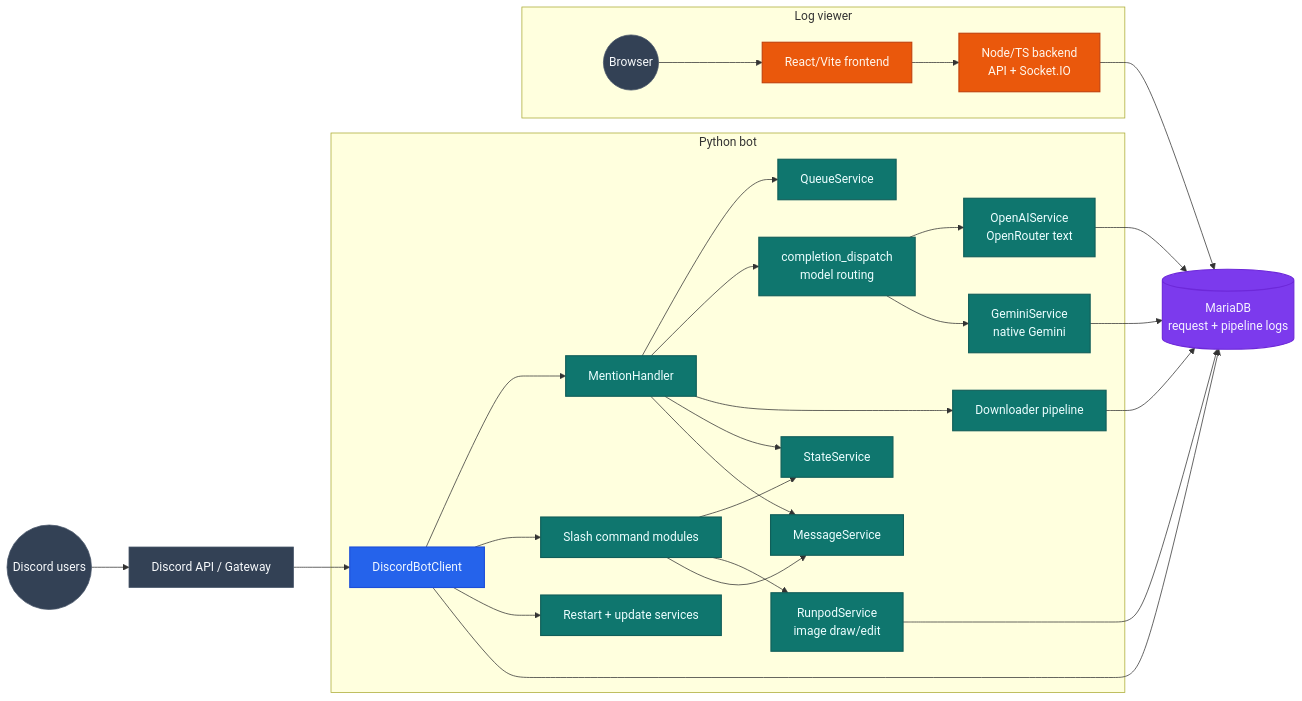
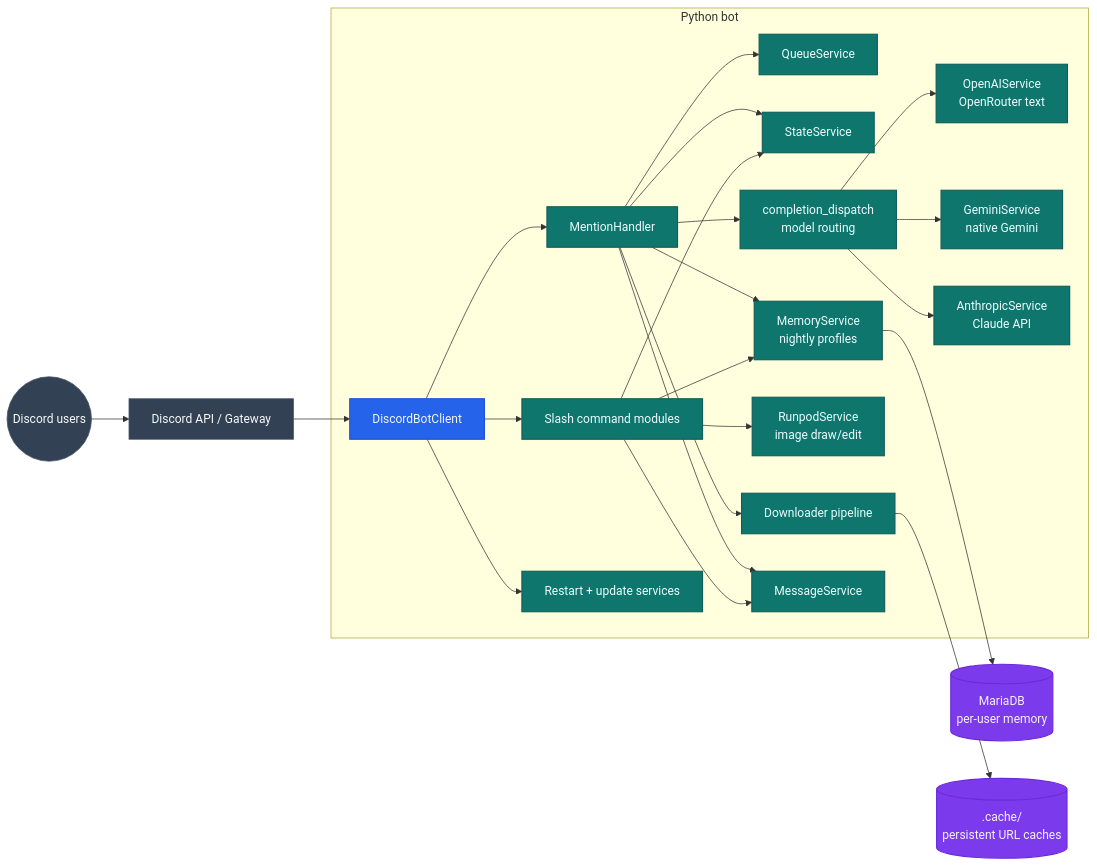
The first of 5 diagrams in docs/architecture.md (jobeus/cmwgpt), drawn with Mermaid before and after one commit. The commit also changed other lines of this file and 149 other files, not shown here.

````diff
--- a/docs/architecture.md
+++ b/docs/architecture.md
@@ -29,57 +29,50 @@
 ```mermaid
 flowchart LR
     classDef edge fill:#334155,color:#f8fafc,stroke:#475569,stroke-width:1px;
     classDef bot fill:#2563eb,color:#eff6ff,stroke:#1d4ed8,stroke-width:1.5px;
     classDef service fill:#0f766e,color:#ecfeff,stroke:#115e59,stroke-width:1.5px;
     classDef data fill:#7c3aed,color:#f5f3ff,stroke:#6d28d9,stroke-width:1.5px;
-    classDef viewer fill:#ea580c,color:#fff7ed,stroke:#c2410c,stroke-width:1.5px;
 
     User((Discord users)):::edge --> Discord[Discord API / Gateway]:::edge
 
     subgraph BotApp[Python bot]
         Client[DiscordBotClient]:::bot
         Mention[MentionHandler]:::service
         Commands[Slash command modules]:::service
         Queue[QueueService]:::service
         State[StateService]:::service
         Dispatch[completion_dispatch<br/>model routing]:::service
         OpenAI[OpenAIService<br/>OpenRouter text]:::service
         Gemini[GeminiService<br/>native Gemini]:::service
+        Anthropic[AnthropicService<br/>Claude API]:::service
+        Memory[MemoryService<br/>nightly profiles]:::service
         Runpod[RunpodService<br/>image draw/edit]:::service
         Downloader[Downloader pipeline]:::service
         MsgSvc[MessageService]:::service
         Restart[Restart + update services]:::service
     end
 
     Discord --> Client
     Client --> Mention
     Client --> Commands
     Mention --> Queue
     Mention --> Dispatch
     Dispatch --> OpenAI
     Dispatch --> Gemini
+    Dispatch --> Anthropic
+    Mention --> Memory
     Mention --> Downloader
     Mention --> State
     Mention --> MsgSvc
     Commands --> State
     Commands --> Runpod
     Commands --> MsgSvc
     Client --> Restart
 
-    DB[(MariaDB<br/>request + pipeline logs)]:::data
-    OpenAI --> DB
-    Gemini --> DB
-    Downloader --> DB
-    Runpod --> DB
-    Client --> DB
+    Commands --> Memory
 
-    subgraph Viewer[Log viewer]
-        Backend[Node/TS backend<br/>API + Socket.IO]:::viewer
-        Frontend[React/Vite frontend]:::viewer
-        Browser((Browser)):::edge
-    end
-
-    Browser --> Frontend
-    Frontend --> Backend
-    Backend --> DB
+    DB[(MariaDB<br/>per-user memory)]:::data
+    Memory --> DB
+    Cache[(.cache/<br/>persistent URL caches)]:::data
+    Downloader --> Cache
 ```
````
